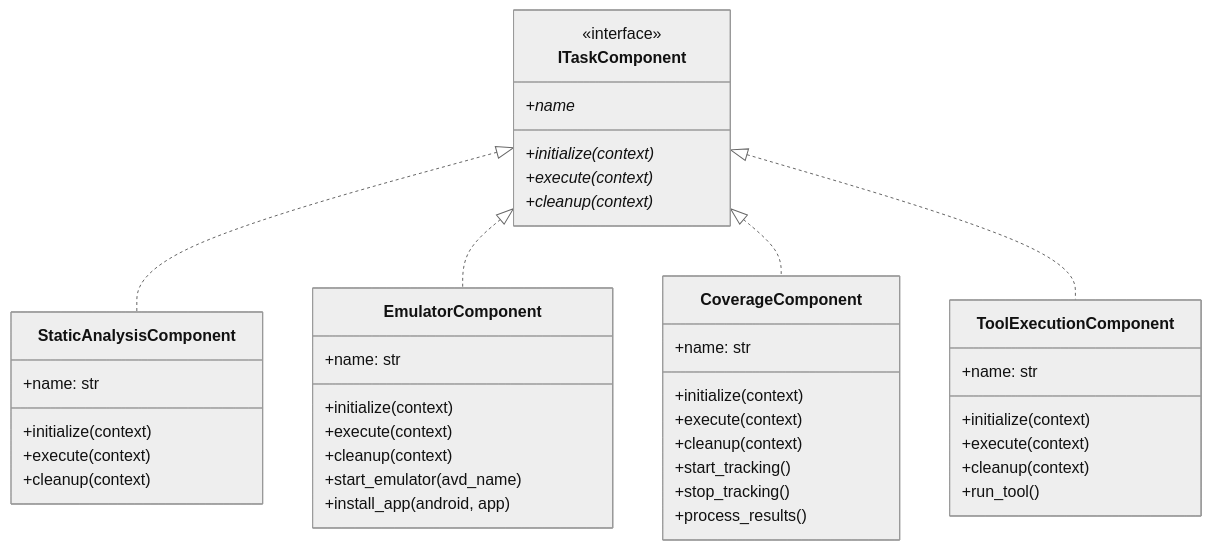
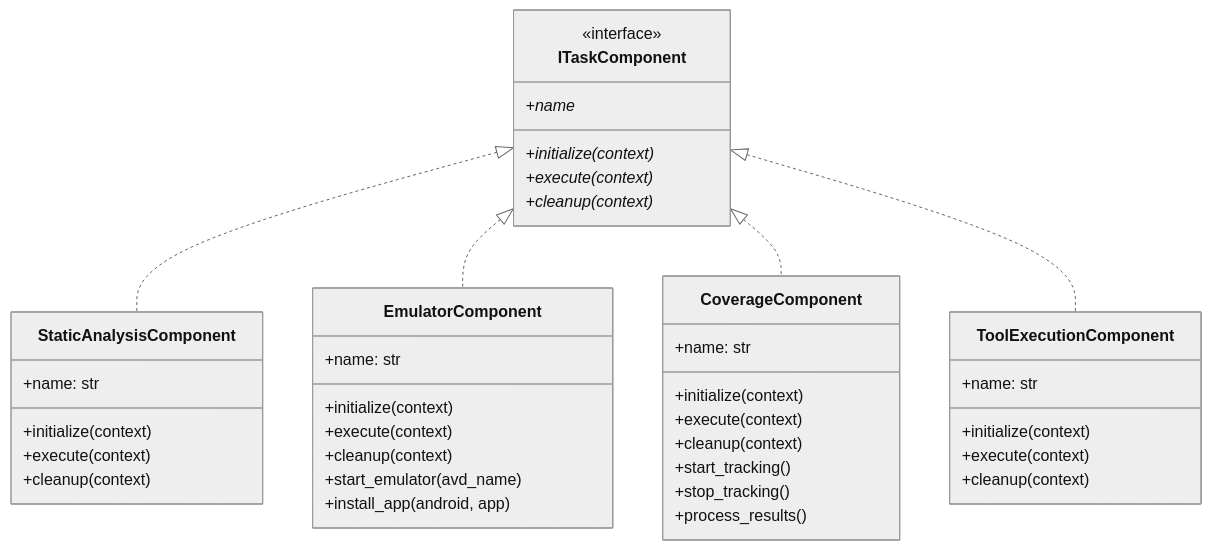
One commit to PAMunb/rvsec changed the sixth of 6 diagrams in rv-android/modules/rv-platform/docs/architecture.md. Above: the diagram before and after it, drawn with Mermaid. The commit also changed other lines of this file and 7 other files, not shown here.

First line of the commit message:
test: add resume coverage for rv-platform and rv-experiment + update architecture docs

````diff
--- a/rv-android/modules/rv-platform/docs/architecture.md
+++ b/rv-android/modules/rv-platform/docs/architecture.md
@@ -353,50 +583,49 @@
 ```mermaid
 %%{init: {'theme': 'neutral'}}%%
 classDiagram
     class ITaskComponent {
         <<interface>>
         +initialize(context)*
         +execute(context)*
         +cleanup(context)*
         +name*
     }
 
     class StaticAnalysisComponent {
         +name: str
         +initialize(context)
         +execute(context)
         +cleanup(context)
     }
 
     class EmulatorComponent {
         +name: str
         +initialize(context)
         +execute(context)
         +cleanup(context)
         +start_emulator(avd_name)
         +install_app(android, app)
     }
 
     class CoverageComponent {
         +name: str
         +initialize(context)
         +execute(context)
         +cleanup(context)
         +start_tracking()
         +stop_tracking()
         +process_results()
     }
 
     class ToolExecutionComponent {
         +name: str
         +initialize(context)
         +execute(context)
         +cleanup(context)
-        +run_tool()
     }
 
     ITaskComponent <|.. StaticAnalysisComponent
     ITaskComponent <|.. EmulatorComponent
     ITaskComponent <|.. CoverageComponent
     ITaskComponent <|.. ToolExecutionComponent
 ```
````
